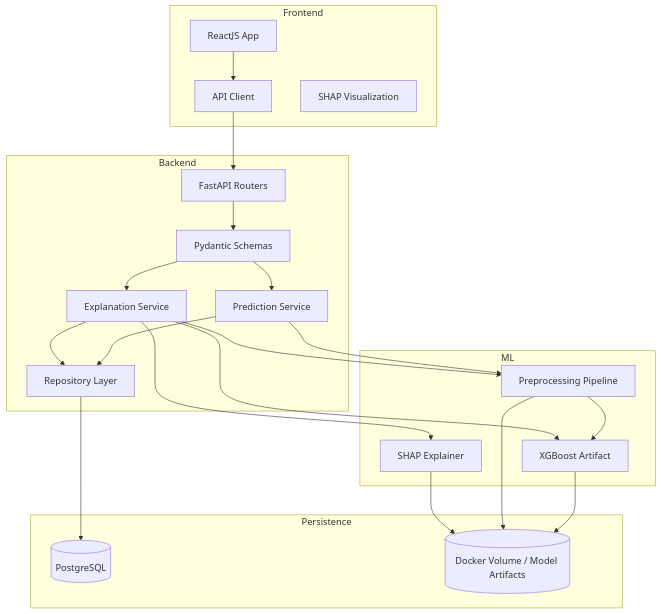
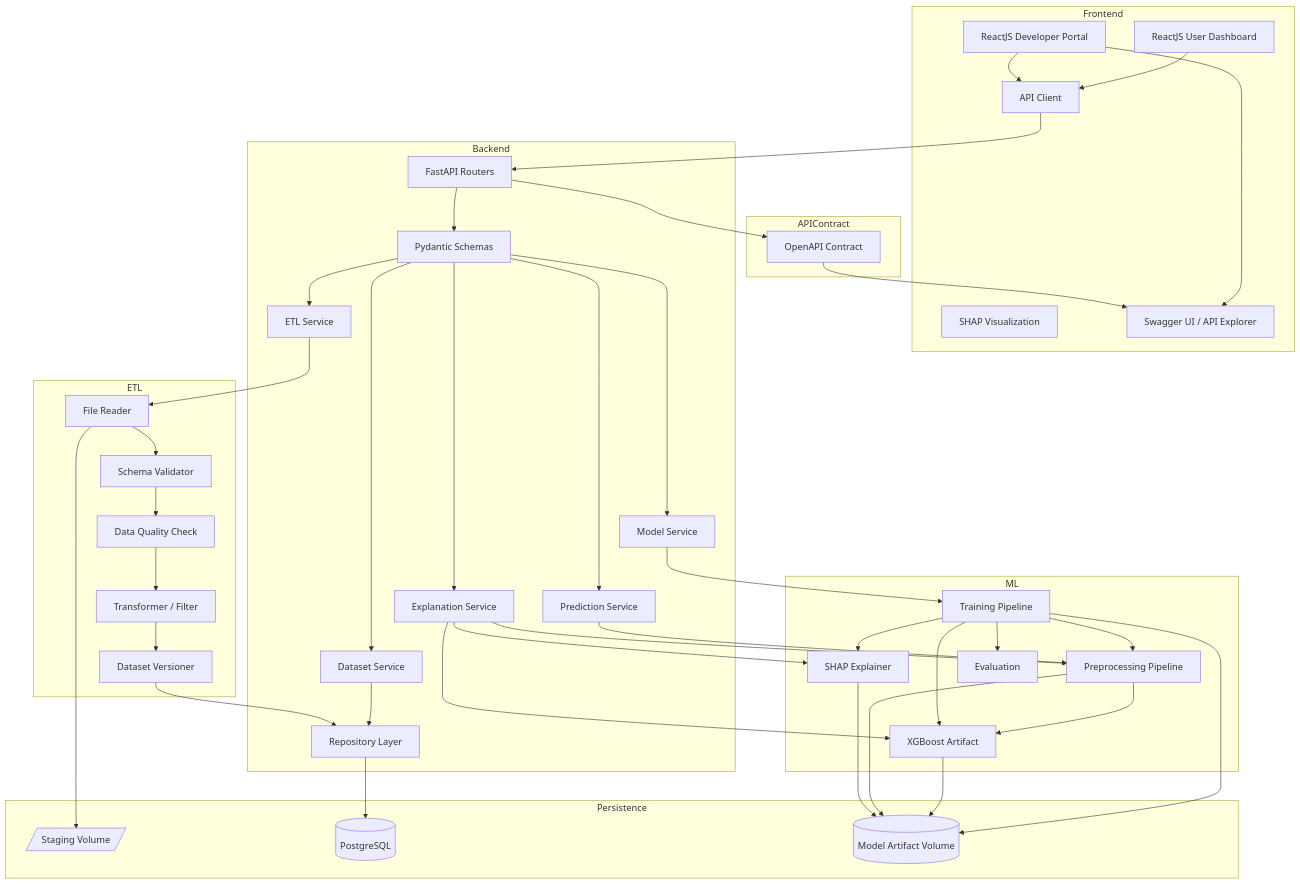
The ninth of 11 diagrams in implementation_plan.md (RistoKuy/XAI_Car_CP), drawn with Mermaid before and after one commit. The commit also changed other lines of this file and 31 other files, not shown here.

First line of the commit message:
Developer Portal terisolasi: ETL upload Update/Replace + 6 modul + port loopback

````diff
--- a/implementation_plan.md
+++ b/implementation_plan.md
@@ -478,9 +713,11 @@
 ```mermaid
 flowchart TB
     subgraph Frontend
-        FE[ReactJS App]
+        FE[ReactJS User Dashboard]
+        DEV[ReactJS Developer Portal]
         FEAPI[API Client]
         SHAPUI[SHAP Visualization]
+        SW[Swagger UI / API Explorer]
     end
 
     subgraph Backend
@@ -488,34 +725,77 @@
         SCHEMA[Pydantic Schemas]
         PRED[Prediction Service]
         EXPL[Explanation Service]
+        DATA[Dataset Service]
+        ETLSVC[ETL Service]
+        MODEL[Model Service]
         REPO[Repository Layer]
+    end
+
+    subgraph ETL
+        E1[File Reader]
+        E2[Schema Validator]
+        E3[Data Quality Check]
+        E4[Transformer / Filter]
+        E5[Dataset Versioner]
     end
 
     subgraph ML
         PREP[Preprocessing Pipeline]
         XGB[XGBoost Artifact]
         SHAP[SHAP Explainer]
+        TRAIN[Training Pipeline]
+        EVAL[Evaluation]
     end
 
     subgraph Persistence
+        STG[/Staging Volume/]
         PG[(PostgreSQL)]
-        VOL[(Docker Volume / Model Artifacts)]
+        VOL[(Model Artifact Volume)]
+    end
+
+    subgraph APIContract
+        OPEN[OpenAPI Contract]
     end
 
     FE --> FEAPI
+    DEV --> FEAPI
+    DEV --> SW
     FEAPI --> ROUTER
     ROUTER --> SCHEMA
     SCHEMA --> PRED
     SCHEMA --> EXPL
+    SCHEMA --> DATA
+    SCHEMA --> ETLSVC
+    SCHEMA --> MODEL
+
     PRED --> PREP
     PREP --> XGB
+
     EXPL --> PREP
     EXPL --> XGB
     EXPL --> SHAP
-    PRED --> REPO
-    EXPL --> REPO
+
+    DATA --> REPO
+    ETLSVC --> E1
+    E1 --> STG
+    E1 --> E2
+    E2 --> E3
+    E3 --> E4
+    E4 --> E5
+    E5 --> REPO
+
+    MODEL --> TRAIN
+    TRAIN --> PREP
+    TRAIN --> XGB
+    TRAIN --> EVAL
+    TRAIN --> SHAP
+    TRAIN --> VOL
+
     REPO --> PG
     XGB --> VOL
     PREP --> VOL
     SHAP --> VOL
+
+    ROUTER --> OPEN
+    OPEN --> SW
 ```
````
